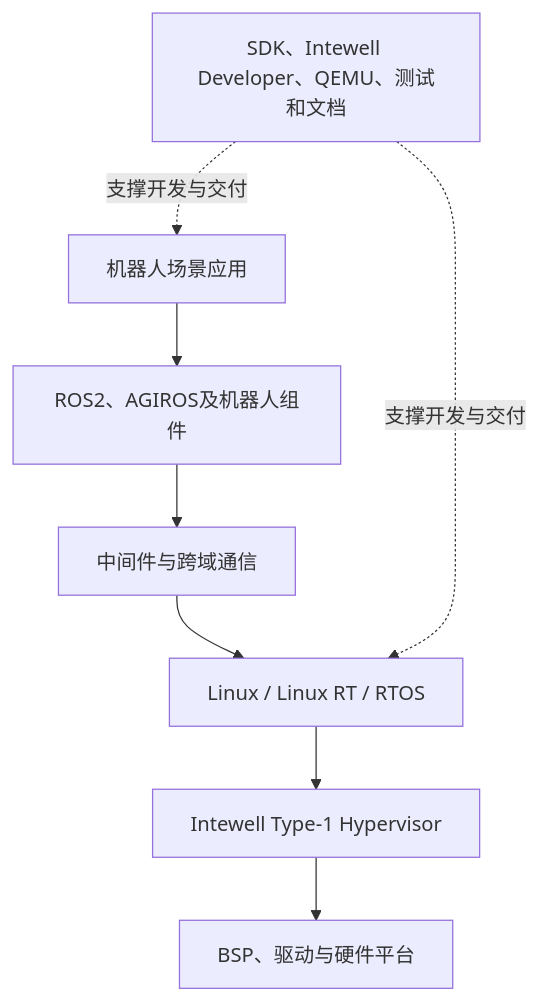
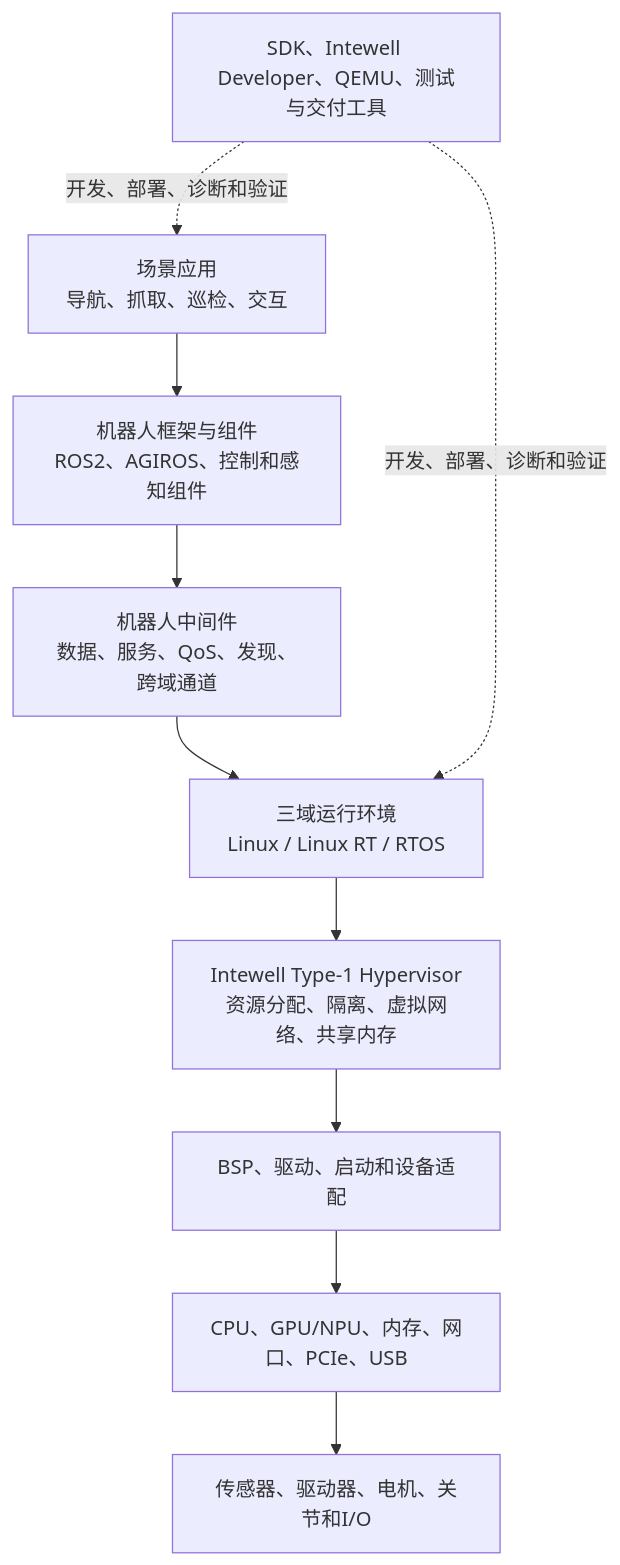
One commit to mindofcx/Intewell-robot-os-product-definition changed the diagram in docs/03-鸿道机器人操作系统介绍.md. Above: the diagram before and after it, drawn with Mermaid. The commit also changed other lines of this file and 13 other files, not shown here.

````diff
--- a/docs/03-鸿道机器人操作系统介绍.md
+++ b/docs/03-鸿道机器人操作系统介绍.md
@@ -34,13 +26,16 @@
-```mermaid
+~~~mermaid
 flowchart TB
-    A[机器人场景应用]
-    B[ROS2、AGIROS及机器人组件]
-    C[中间件与跨域通信]
-    D[Linux / Linux RT / RTOS]
-    E[Intewell Type-1 Hypervisor]
-    F[BSP、驱动与硬件平台]
-    G[SDK、Intewell Developer、QEMU、测试和文档]
-    A --> B --> C --> D --> E --> F
-    G -.支撑开发与交付.-> A
-    G -.支撑开发与交付.-> D
-```
+    APP[场景应用<br/>导航、抓取、巡检、交互]
+    FW[机器人框架与组件<br/>ROS2、AGIROS、控制和感知组件]
+    MW[机器人中间件<br/>数据、服务、QoS、发现、跨域通道]
+    DOM[三域运行环境<br/>Linux / Linux RT / RTOS]
+    HV[Intewell Type-1 Hypervisor<br/>资源分配、隔离、虚拟网络、共享内存]
+    BSP[BSP、驱动、启动和设备适配]
+    HW[CPU、GPU/NPU、内存、网口、PCIe、USB]
+    BODY[传感器、驱动器、电机、关节和I/O]
+    TOOL[SDK、Intewell Developer、QEMU、测试与交付工具]
+
+    APP --> FW --> MW --> DOM --> HV --> BSP --> HW --> BODY
+    TOOL -.开发、部署、诊断和验证.-> APP
+    TOOL -.开发、部署、诊断和验证.-> DOM
+~~~
````
